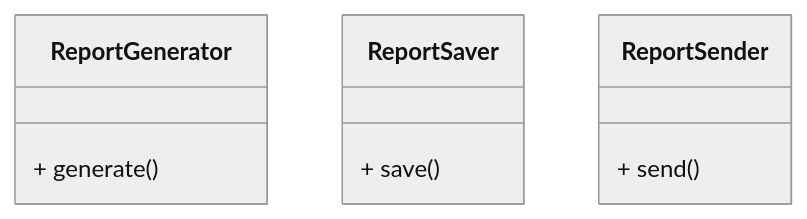
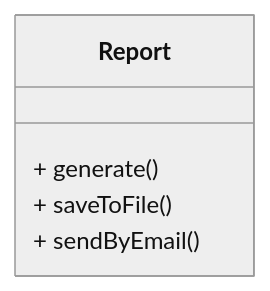
Before and after one commit to hrhouma1/Programmation-objet-2: the third of 10 diagrams in 06-PARTIE4-JAVA/2.md, drawn with Mermaid (neutral theme). The commit also changed other lines of this file, not shown here.

````diff
--- a/06-PARTIE4-JAVA/2.md
+++ b/06-PARTIE4-JAVA/2.md
@@ -229,6 +176,8 @@
 ```mermaid
 classDiagram
-    class ReportGenerator { + generate() }
-    class ReportSaver { + save() }
-    class ReportSender { + send() }
+    class Report {
+      + generate()
+      + saveToFile()
+      + sendByEmail()
+    }
 ```
````
